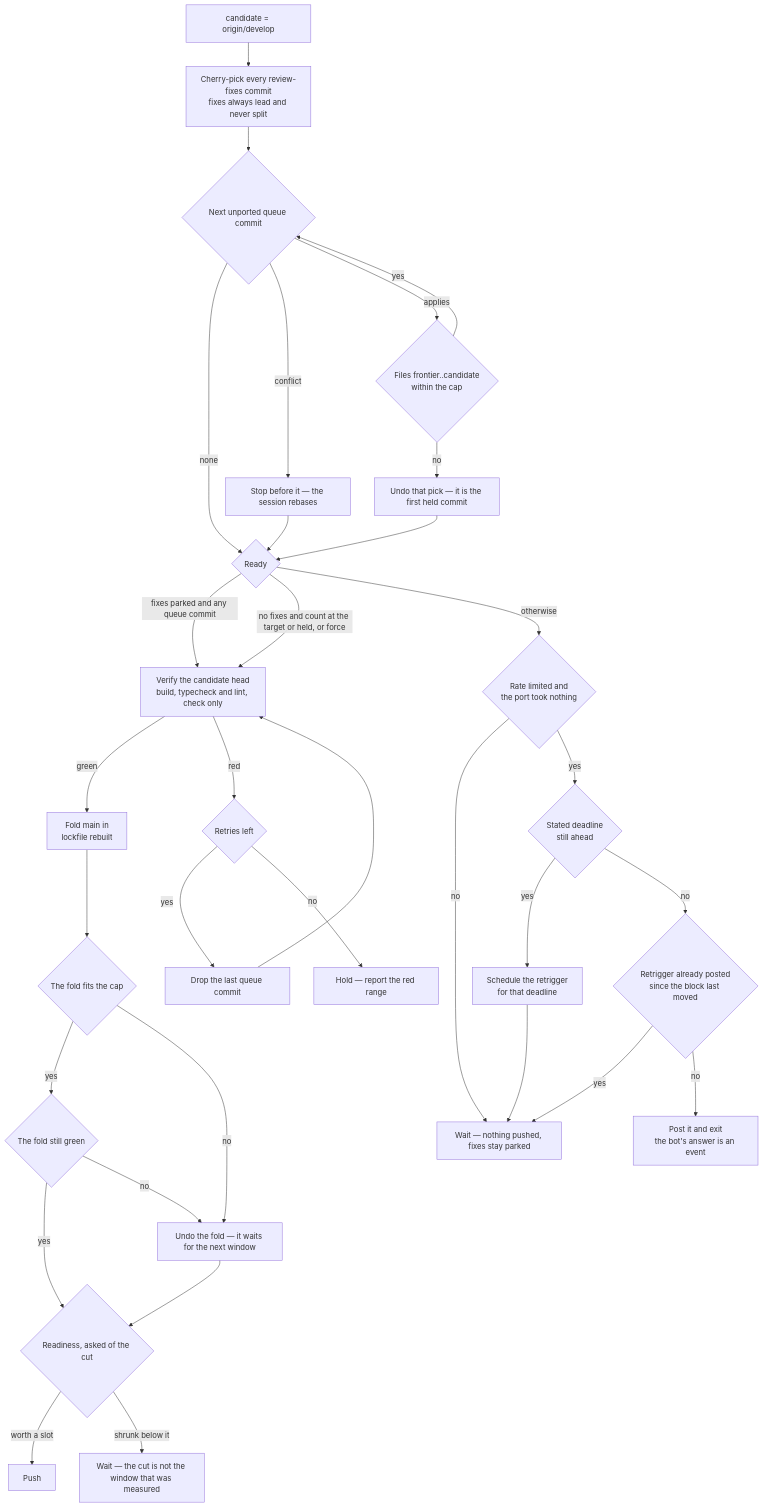
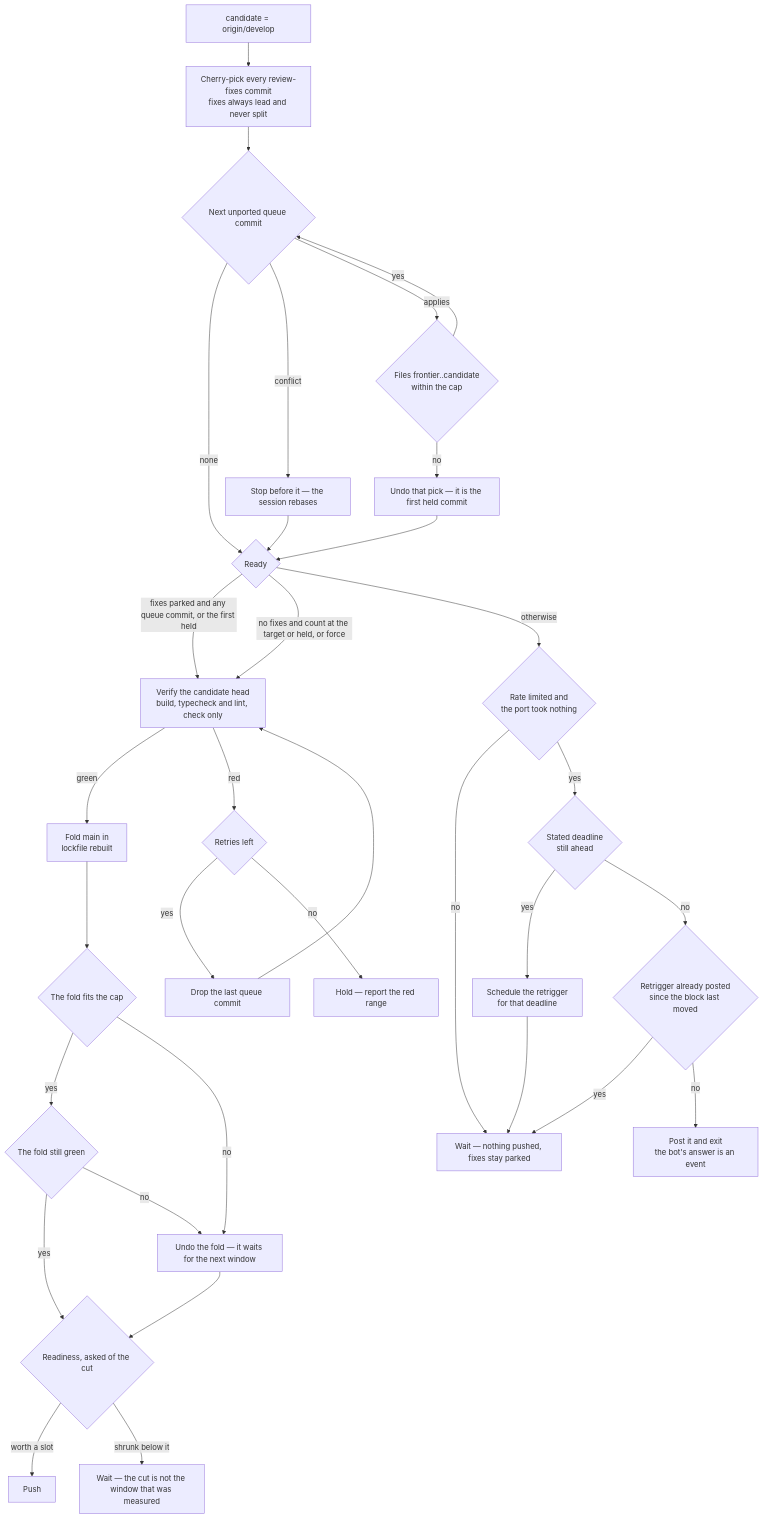
The second of 2 diagrams in apps/web/content/docs/infra/review-collector/collection-cycle.md (Esposter/Esposter), drawn with Mermaid before and after one commit. The commit also changed other lines of this file and 3 other files, not shown here.

First line of the commit message:
fix(scripts): parked fixes ship alone when the queue's first commit is held

````diff
--- a/apps/web/content/docs/infra/review-collector/collection-cycle.md
+++ b/apps/web/content/docs/infra/review-collector/collection-cycle.md
@@ -83,32 +83,32 @@
 ```mermaid
 flowchart TD
   C[candidate = origin/develop] --> FX[Cherry-pick every review-fixes commit<br/>fixes always lead and never split]
   FX --> Q{Next unported queue commit}
   Q -->|none| RD
   Q -->|conflict| H[Stop before it — the session rebases]
   Q -->|applies| M{Files frontier..candidate<br/>within the cap}
   M -->|yes| Q
   M -->|no| U[Undo that pick — it is the first held commit]
   U --> RD
   H --> RD{Ready}
-  RD -->|fixes parked and any queue commit| V
+  RD -->|fixes parked and any queue commit, or the first held| V
   RD -->|no fixes and count at the target or held, or force| V
   RD -->|otherwise| LM{Rate limited and<br/>the port took nothing}
   LM -->|no| W[Wait — nothing pushed, fixes stay parked]
   LM -->|yes| DL{Stated deadline<br/>still ahead}
   DL -->|yes| SR[Schedule the retrigger<br/>for that deadline] --> W
   DL -->|no| AK{Retrigger already posted<br/>since the block last moved}
   AK -->|yes| W
   AK -->|no| PB[Post it and exit<br/>the bot's answer is an event]
   V[Verify the candidate head<br/>build, typecheck and lint, check only] -->|green| FM[Fold main in<br/>lockfile rebuilt]
   V -->|red| BK{Retries left}
   BK -->|yes| DR[Drop the last queue commit] --> V
   BK -->|no| HR[Hold — report the red range]
   FM --> FC{The fold fits the cap}
   FC -->|yes| V2{The fold still green}
   FC -->|no| UF[Undo the fold — it waits for the next window] --> RD2
   V2 -->|yes| RD2{Readiness, asked of the cut}
   V2 -->|no| UF
   RD2 -->|worth a slot| P[Push]
   RD2 -->|shrunk below it| W2[Wait — the cut is not the window that was measured]
 ```
````
